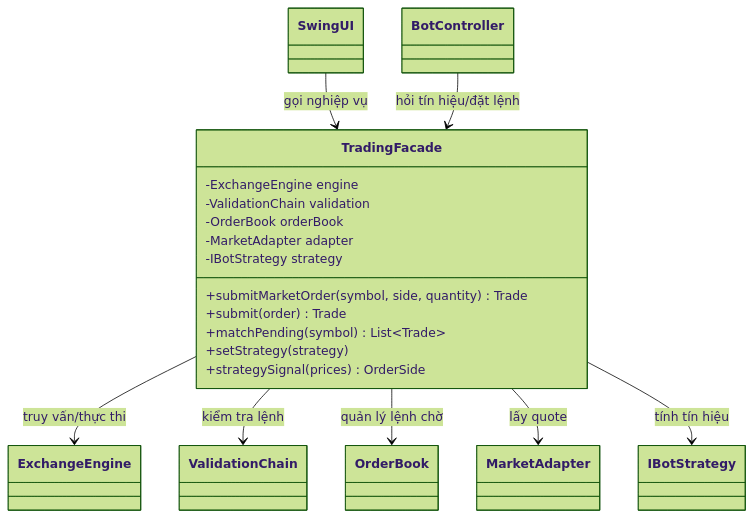
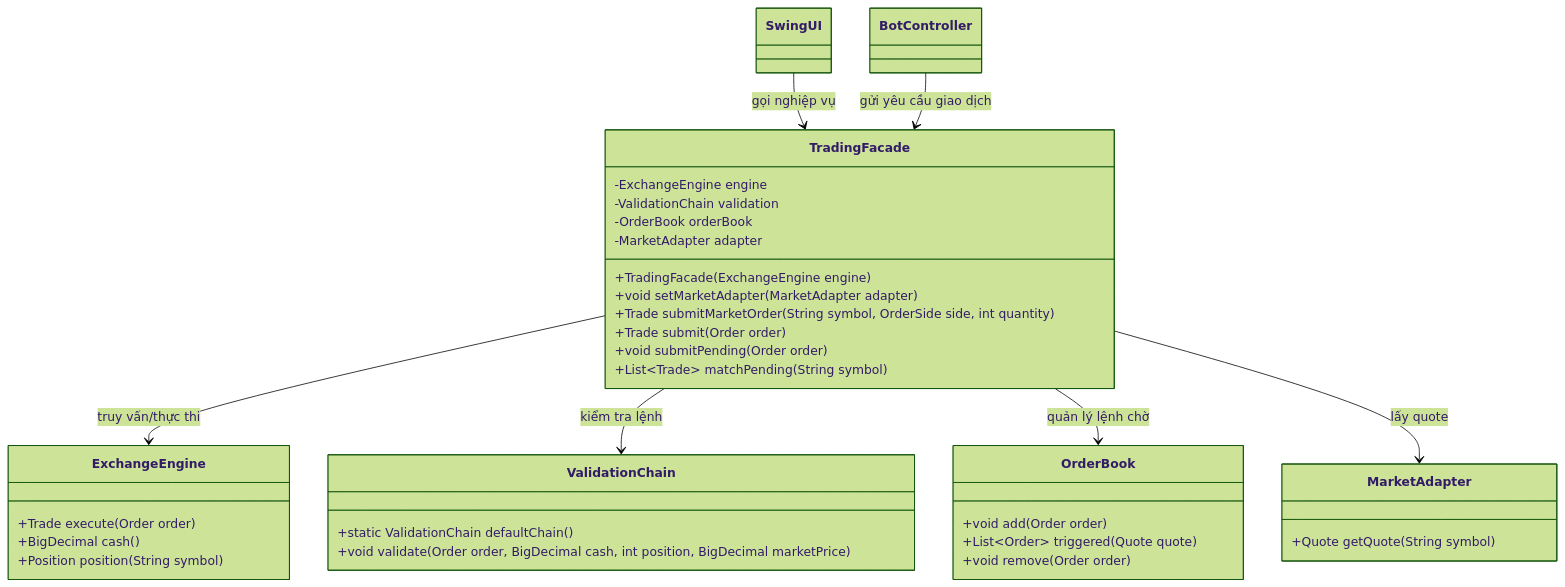
One commit to Minh2312688/GiaoDichChungKhoan changed the third of 5 diagrams in docs/DESIGN_PATTERNS_PRESENTATION.md. Above: the diagram before and after it, drawn with Mermaid (forest theme). The commit also changed other lines of this file, not shown here.

````diff
--- a/docs/DESIGN_PATTERNS_PRESENTATION.md
+++ b/docs/DESIGN_PATTERNS_PRESENTATION.md
@@ -172,29 +178,40 @@
 ```mermaid
 classDiagram
     class TradingFacade {
         -ExchangeEngine engine
         -ValidationChain validation
         -OrderBook orderBook
         -MarketAdapter adapter
-        -IBotStrategy strategy
-        +submitMarketOrder(symbol, side, quantity) Trade
-        +submit(order) Trade
-        +matchPending(symbol) List~Trade~
-        +setStrategy(strategy)
-        +strategySignal(prices) OrderSide
+        +TradingFacade(ExchangeEngine engine)
+        +void setMarketAdapter(MarketAdapter adapter)
+        +Trade submitMarketOrder(String symbol, OrderSide side, int quantity)
+        +Trade submit(Order order)
+        +void submitPending(Order order)
+        +List~Trade~ matchPending(String symbol)
     }
     class SwingUI
     class BotController
-    class ExchangeEngine
-    class ValidationChain
-    class OrderBook
-    class MarketAdapter
-    class IBotStrategy
+    class ExchangeEngine {
+        +Trade execute(Order order)
+        +BigDecimal cash()
+        +Position position(String symbol)
+    }
+    class ValidationChain {
+        +static ValidationChain defaultChain()
+        +void validate(Order order, BigDecimal cash, int position, BigDecimal marketPrice)
+    }
+    class OrderBook {
+        +void add(Order order)
+        +List~Order~ triggered(Quote quote)
+        +void remove(Order order)
+    }
+    class MarketAdapter {
+        +Quote getQuote(String symbol)
+    }
     SwingUI --> TradingFacade : gọi nghiệp vụ
-    BotController --> TradingFacade : hỏi tín hiệu/đặt lệnh
+    BotController --> TradingFacade : gửi yêu cầu giao dịch
     TradingFacade --> ExchangeEngine : truy vấn/thực thi
     TradingFacade --> ValidationChain : kiểm tra lệnh
     TradingFacade --> OrderBook : quản lý lệnh chờ
     TradingFacade --> MarketAdapter : lấy quote
-    TradingFacade --> IBotStrategy : tính tín hiệu
 ```
````
